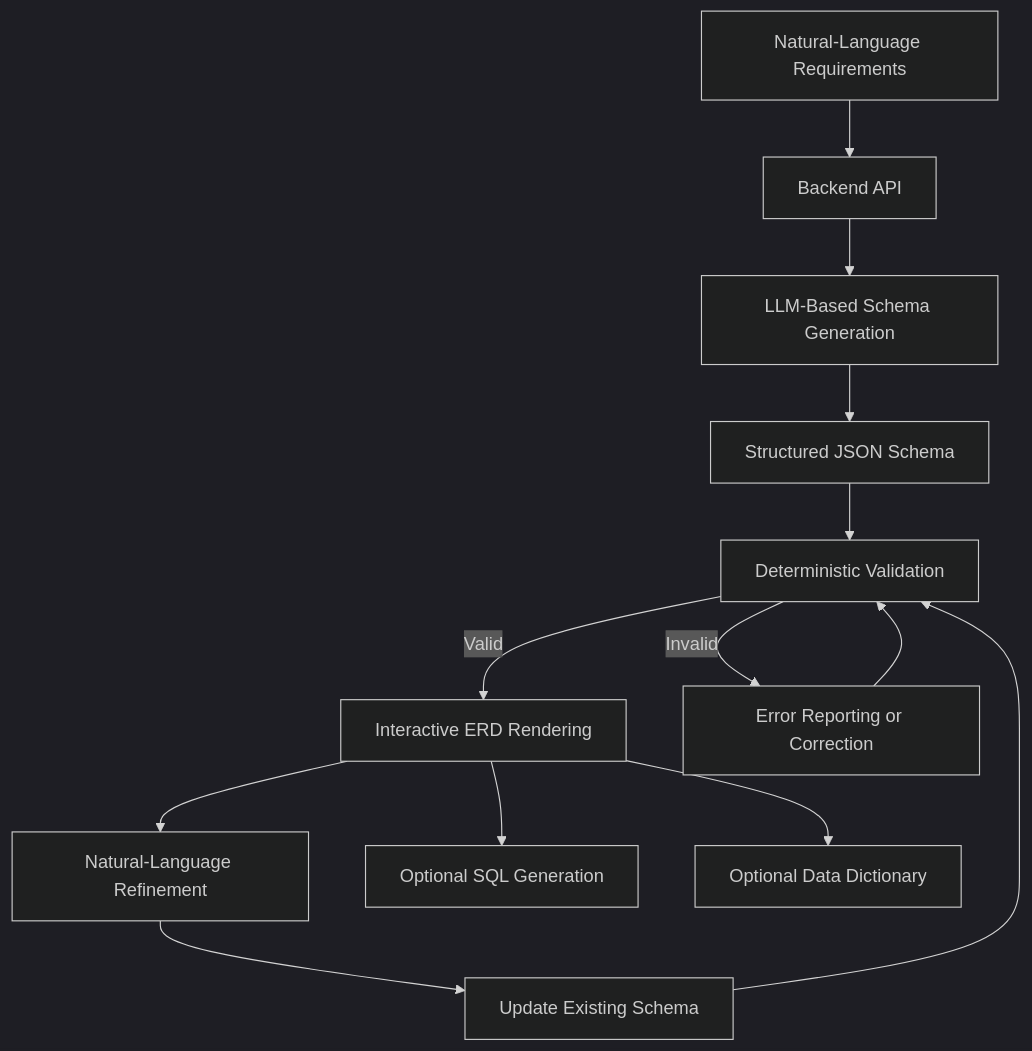
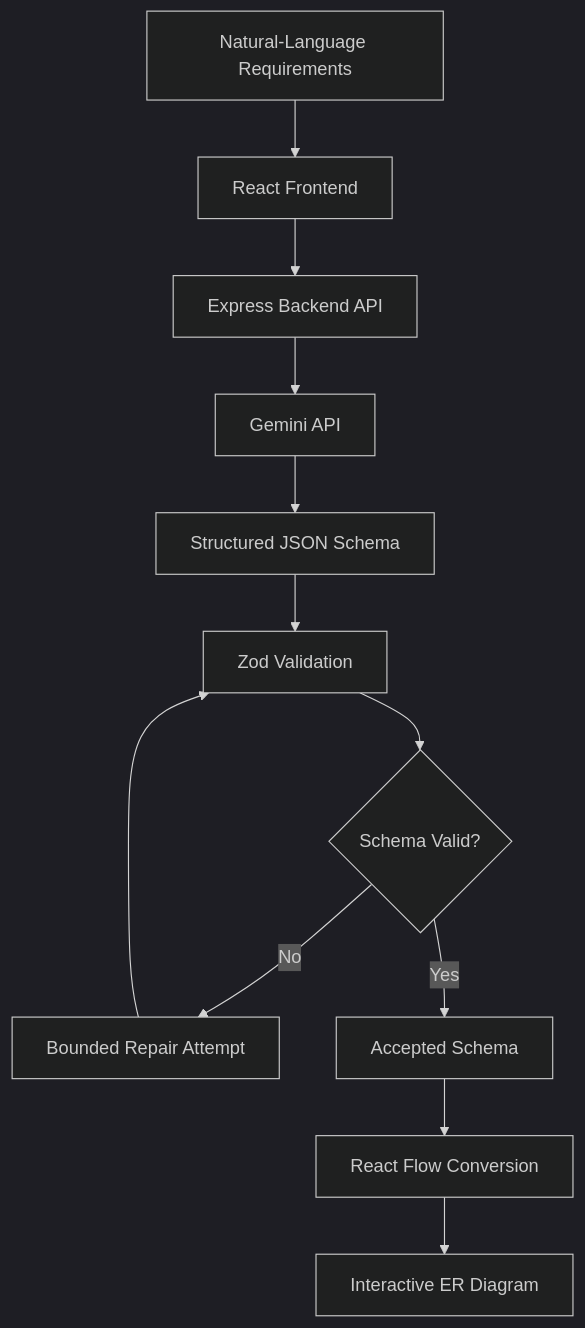
The diagram in README.md (ZarrarPeshimam/SchemAI), drawn with Mermaid (dark theme) before and after one commit. The commit also changed other lines of this file, not shown here.

````diff
--- a/README.md
+++ b/README.md
@@ -121,15 +142,14 @@
 ```mermaid
 flowchart TD
-    A[Natural-Language Requirements] --> B[Backend API]
-    B --> C[LLM-Based Schema Generation]
-    C --> D[Structured JSON Schema]
-    D --> E[Deterministic Validation]
-    E -->|Valid| F[Interactive ERD Rendering]
-    E -->|Invalid| G[Error Reporting or Correction]
-    G --> E
-    F --> H[Natural-Language Refinement]
-    H --> I[Update Existing Schema]
-    I --> E
-    F --> J[Optional SQL Generation]
-    F --> K[Optional Data Dictionary]
+    A[Natural-Language Requirements] --> B[React Frontend]
+    B --> C[Express Backend API]
+    C --> D[Gemini API]
+    D --> E[Structured JSON Schema]
+    E --> F[Zod Validation]
+    F --> G{Schema Valid?}
+    G -->|No| H[Bounded Repair Attempt]
+    H --> F
+    G -->|Yes| I[Accepted Schema]
+    I --> J[React Flow Conversion]
+    J --> K[Interactive ER Diagram]
 ```
````
